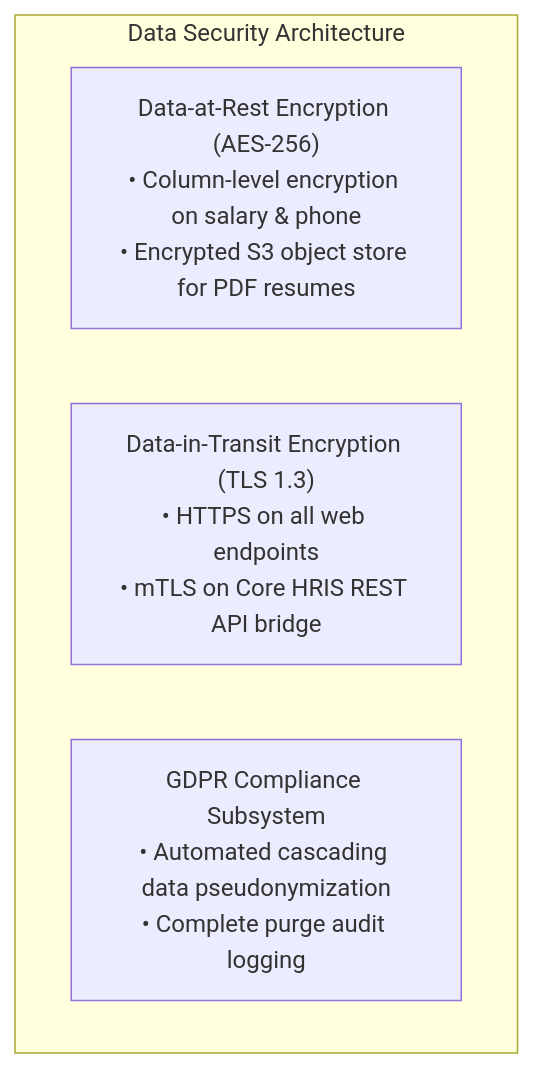
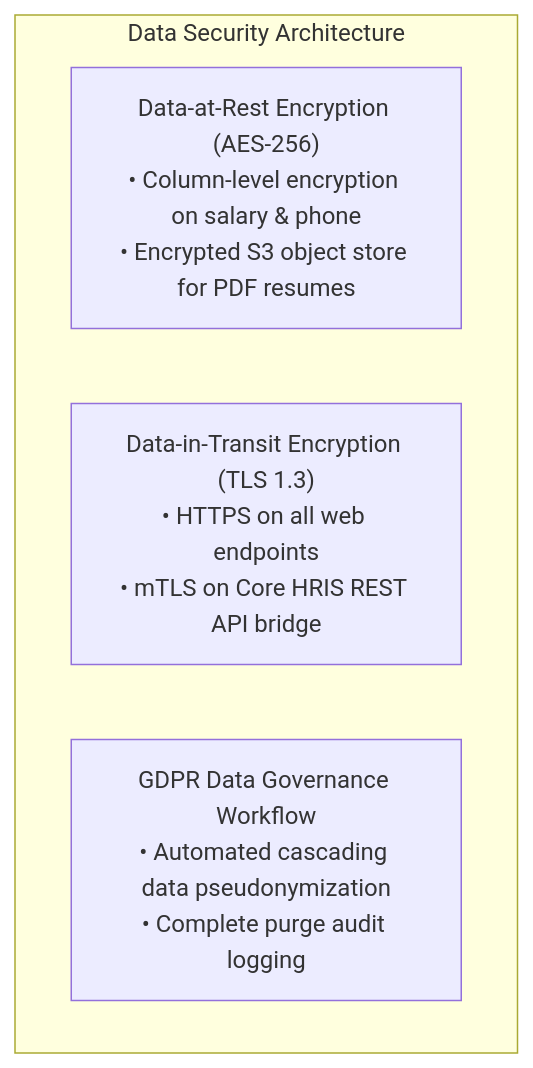
Before and after one commit to namrathach10/recruitment-ats-business-analysis: the third of 3 diagrams in docs/06-data-model.md, drawn with Mermaid. The commit also changed 5 other files, not shown here.

````diff
--- a/docs/06-data-model.md
+++ b/docs/06-data-model.md
@@ -384,8 +384,8 @@
 ```mermaid
 flowchart TD
     subgraph Data Security Architecture
         REST["Data-at-Rest Encryption (AES-256)<br/>• Column-level encryption on salary & phone<br/>• Encrypted S3 object store for PDF resumes"]
         TRAN["Data-in-Transit Encryption (TLS 1.3)<br/>• HTTPS on all web endpoints<br/>• mTLS on Core HRIS REST API bridge"]
-        GDPR["GDPR Compliance Subsystem<br/>• Automated cascading data pseudonymization<br/>• Complete purge audit logging"]
+        GDPR["GDPR Data Governance Workflow<br/>• Automated cascading data pseudonymization<br/>• Complete purge audit logging"]
     end
 ```
````
